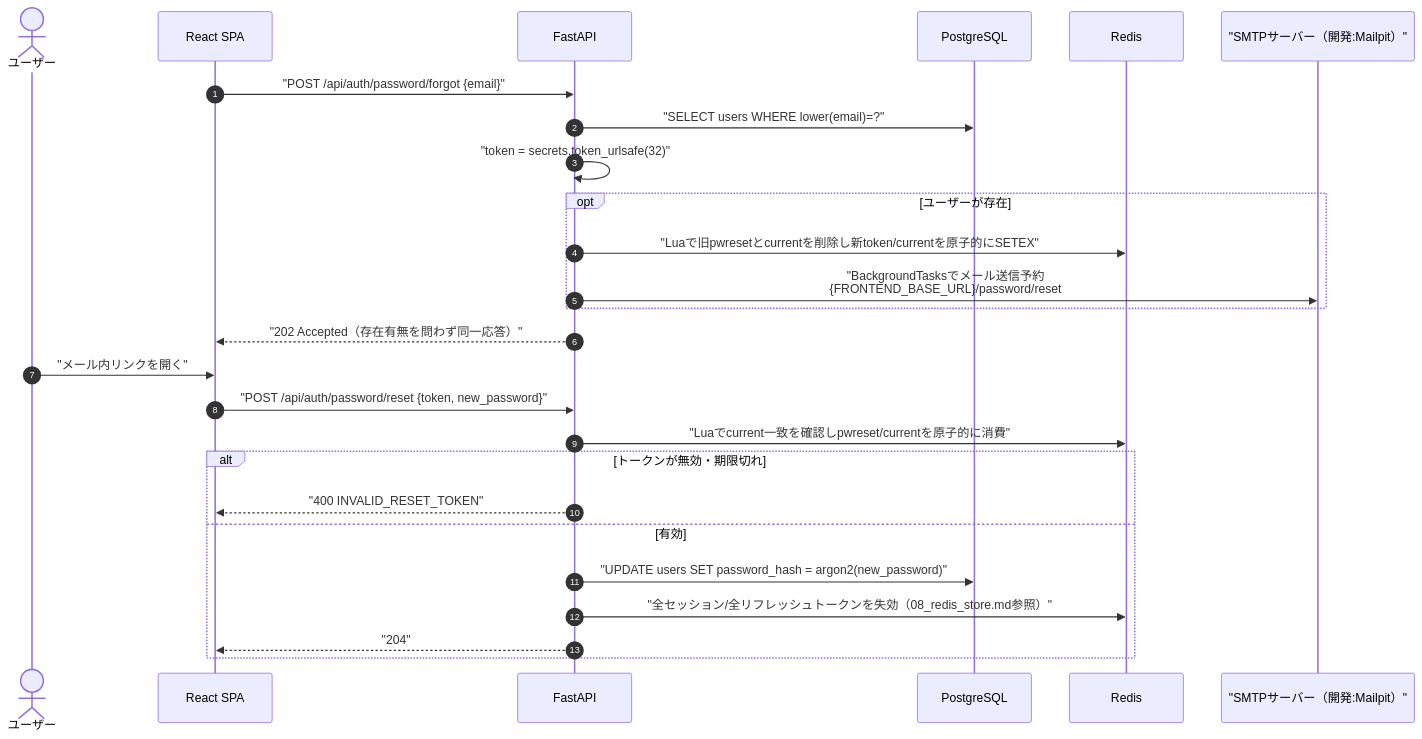
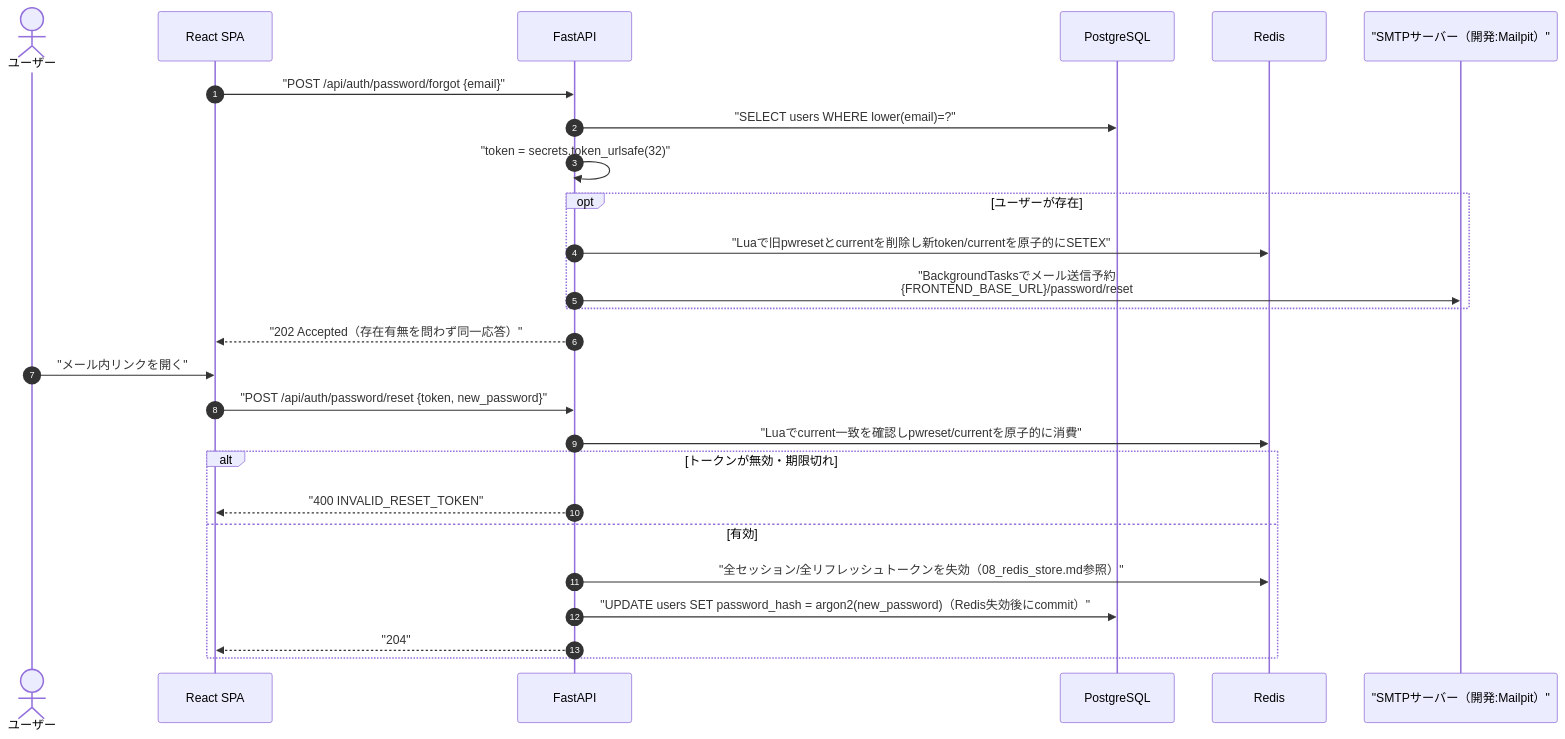
The third of 6 diagrams in docs/detailed_design/auth/06_token_mail.md (oikawa-d/task_management), drawn with Mermaid before and after one commit. The commit also changed 2 other files, not shown here.

Commit message:
docs: パスワードリセットのRedis失効順序を設計書に統一

````diff
--- a/docs/detailed_design/auth/06_token_mail.md
+++ b/docs/detailed_design/auth/06_token_mail.md
@@ -134,30 +134,30 @@
 ```mermaid
 sequenceDiagram
     autonumber
     actor U as ユーザー
     participant FE as React SPA
     participant API as FastAPI
     participant PG as PostgreSQL
     participant RD as Redis
     participant SMTP as "SMTPサーバー（開発:Mailpit）"
 
     FE->>API: "POST /api/auth/password/forgot {email}"
     API->>PG: "SELECT users WHERE lower(email)=?"
     API->>API: "token = secrets.token_urlsafe(32)"
     opt ユーザーが存在
         API->>RD: "Luaで旧pwresetとcurrentを削除し新token/currentを原子的にSETEX"
         API->>SMTP: "BackgroundTasksでメール送信予約<br/>{FRONTEND_BASE_URL}/password/reset#token=..."
     end
     API-->>FE: "202 Accepted（存在有無を問わず同一応答）"
 
     U->>FE: "メール内リンクを開く"
     FE->>API: "POST /api/auth/password/reset {token, new_password}"
     API->>RD: "Luaでcurrent一致を確認しpwreset/currentを原子的に消費"
     alt トークンが無効・期限切れ
         API-->>FE: "400 INVALID_RESET_TOKEN"
     else 有効
-        API->>PG: "UPDATE users SET password_hash = argon2(new_password)"
         API->>RD: "全セッション/全リフレッシュトークンを失効（08_redis_store.md参照）"
+        API->>PG: "UPDATE users SET password_hash = argon2(new_password)（Redis失効後にcommit）"
         API-->>FE: "204"
     end
 ```
````
